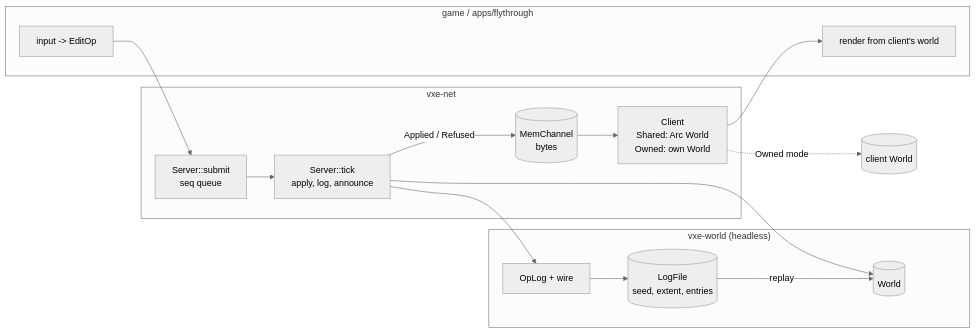
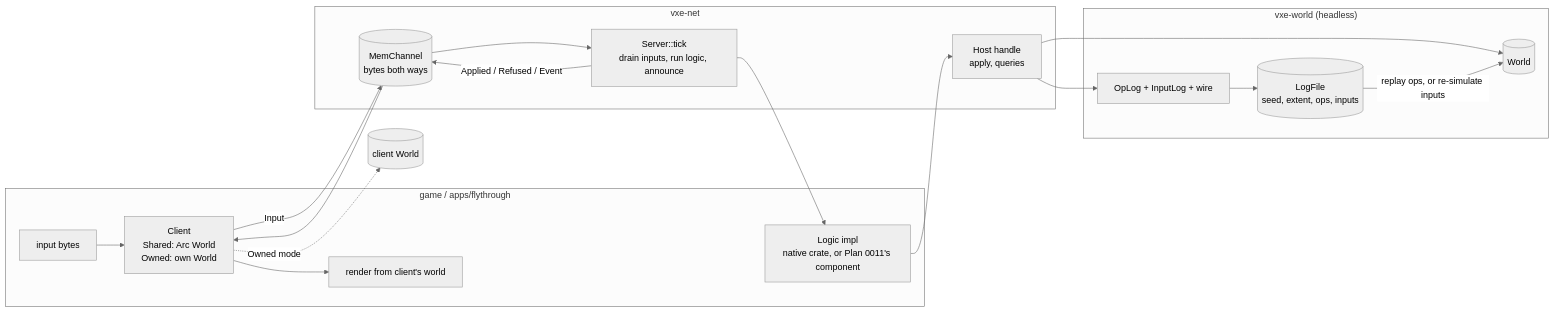
The diagram in docs/plans/0007-op-log-byte-channel-shared-and-owned-clients.md (IgorKonovalov/voxel-engine), drawn with Mermaid (neutral theme) before and after one commit. The commit also changed other lines of this file and 5 other files, not shown here.

First line of the commit message:
docs(plans): logic as a component: ADR-0010, plan 0007 amended, plan 0011

````diff
--- a/docs/plans/0007-op-log-byte-channel-shared-and-owned-clients.md
+++ b/docs/plans/0007-op-log-byte-channel-shared-and-owned-clients.md
@@ -47,23 +57,25 @@
 ```mermaid
 flowchart LR
     subgraph consumer["game / apps/flythrough"]
-        IN[input -> EditOp]
+        IN[input bytes] --> CL
+        LOGIC[Logic impl<br/>native crate, or Plan 0011's component]
         DRAW[render from client's world]
     end
     subgraph net["vxe-net"]
-        SUB[Server::submit<br/>seq queue]
-        TICK[Server::tick<br/>apply, log, announce]
-        CH[(MemChannel<br/>bytes)]
+        TICK[Server::tick<br/>drain inputs, run logic, announce]
+        HOST[Host handle<br/>apply, queries]
+        CH[(MemChannel<br/>bytes both ways)]
         CL[Client<br/>Shared: Arc World<br/>Owned: own World]
     end
     subgraph world["vxe-world (headless)"]
         W[(World)]
-        LOG[OpLog + wire]
-        FILE[(LogFile<br/>seed, extent, entries)]
+        LOG[OpLog + InputLog + wire]
+        FILE[(LogFile<br/>seed, extent, ops, inputs)]
     end
-    IN --> SUB --> TICK --> W
-    TICK --> LOG --> FILE
-    TICK -->|Applied / Refused| CH --> CL --> DRAW
+    CL -->|Input| CH --> TICK --> LOGIC
+    LOGIC --> HOST --> W
+    HOST --> LOG --> FILE
+    TICK -->|Applied / Refused / Event| CH --> CL --> DRAW
     CL -.Owned mode.-> W2[(client World)]
-    FILE -->|replay| W
+    FILE -->|replay ops, or re-simulate inputs| W
 ```
````
